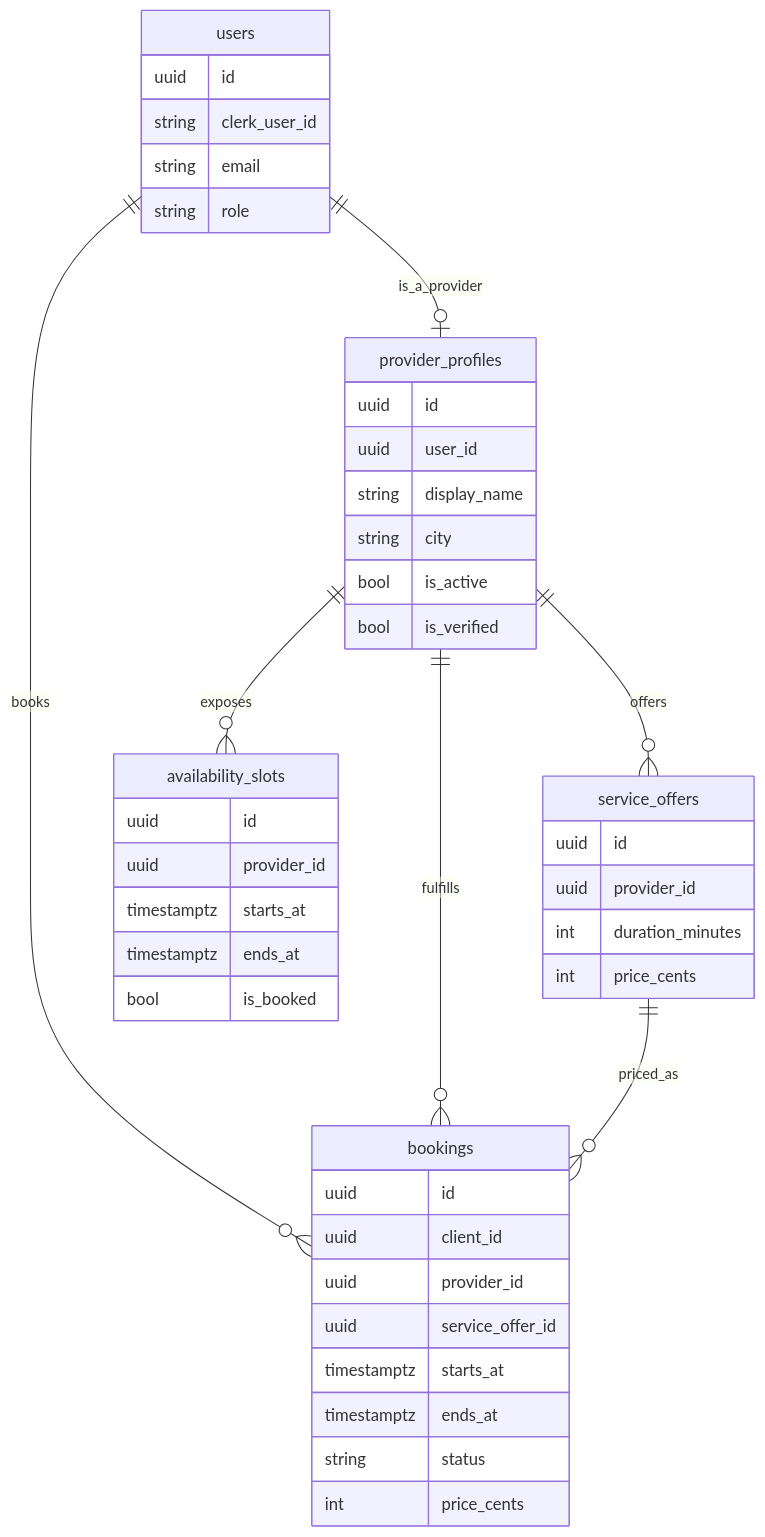
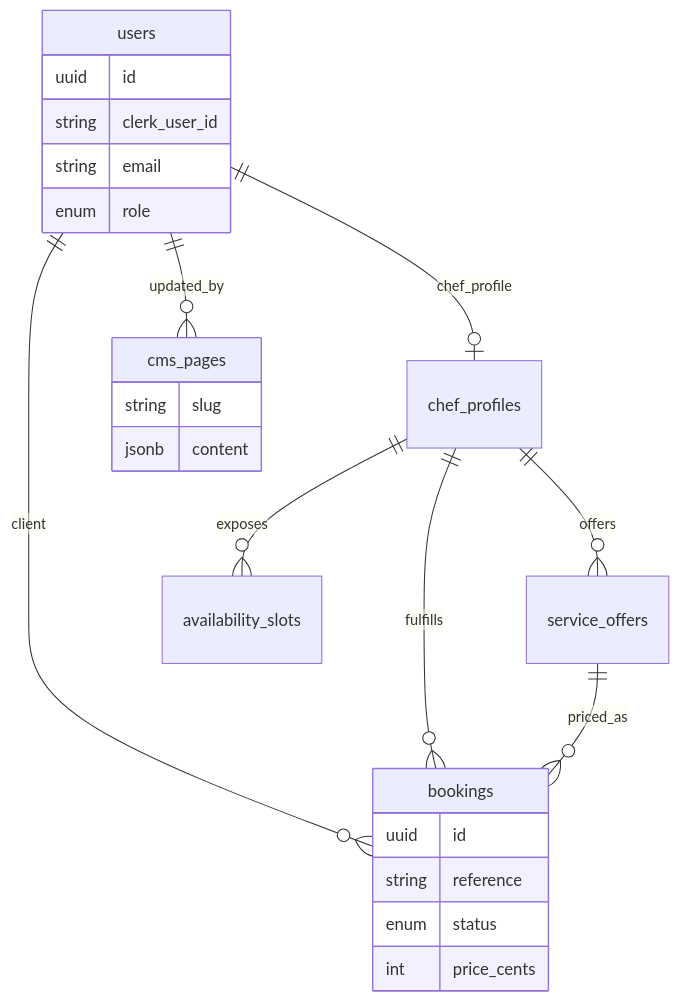
Before and after one commit to LabsFood/LF-BackEnd: the first of 2 diagrams in docs/architecture.md, drawn with Mermaid. The commit also changed other lines of this file and 158 other files, not shown here.

````diff
--- a/docs/architecture.md
+++ b/docs/architecture.md
@@ -20,47 +107,27 @@
 ```mermaid
 erDiagram
-    users ||--o| provider_profiles : "is_a_provider"
-    users ||--o{ bookings : "books"
-    provider_profiles ||--o{ service_offers : "offers"
-    provider_profiles ||--o{ availability_slots : "exposes"
-    provider_profiles ||--o{ bookings : "fulfills"
+    users ||--o| chef_profiles : "chef_profile"
+    users ||--o{ bookings : "client"
+    chef_profiles ||--o{ service_offers : "offers"
+    chef_profiles ||--o{ availability_slots : "exposes"
+    chef_profiles ||--o{ bookings : "fulfills"
     service_offers ||--o{ bookings : "priced_as"
+    users ||--o{ cms_pages : "updated_by"
 
     users {
       uuid id
       string clerk_user_id
       string email
-      string role
-    }
-    provider_profiles {
-      uuid id
-      uuid user_id
-      string display_name
-      string city
-      bool is_active
-      bool is_verified
-    }
-    service_offers {
-      uuid id
-      uuid provider_id
-      int duration_minutes
-      int price_cents
-    }
-    availability_slots {
-      uuid id
-      uuid provider_id
-      timestamptz starts_at
-      timestamptz ends_at
-      bool is_booked
+      enum role
     }
     bookings {
       uuid id
-      uuid client_id
-      uuid provider_id
-      uuid service_offer_id
-      timestamptz starts_at
-      timestamptz ends_at
-      string status
+      string reference
+      enum status
       int price_cents
     }
+    cms_pages {
+      string slug
+      jsonb content
+    }
 ```
````
